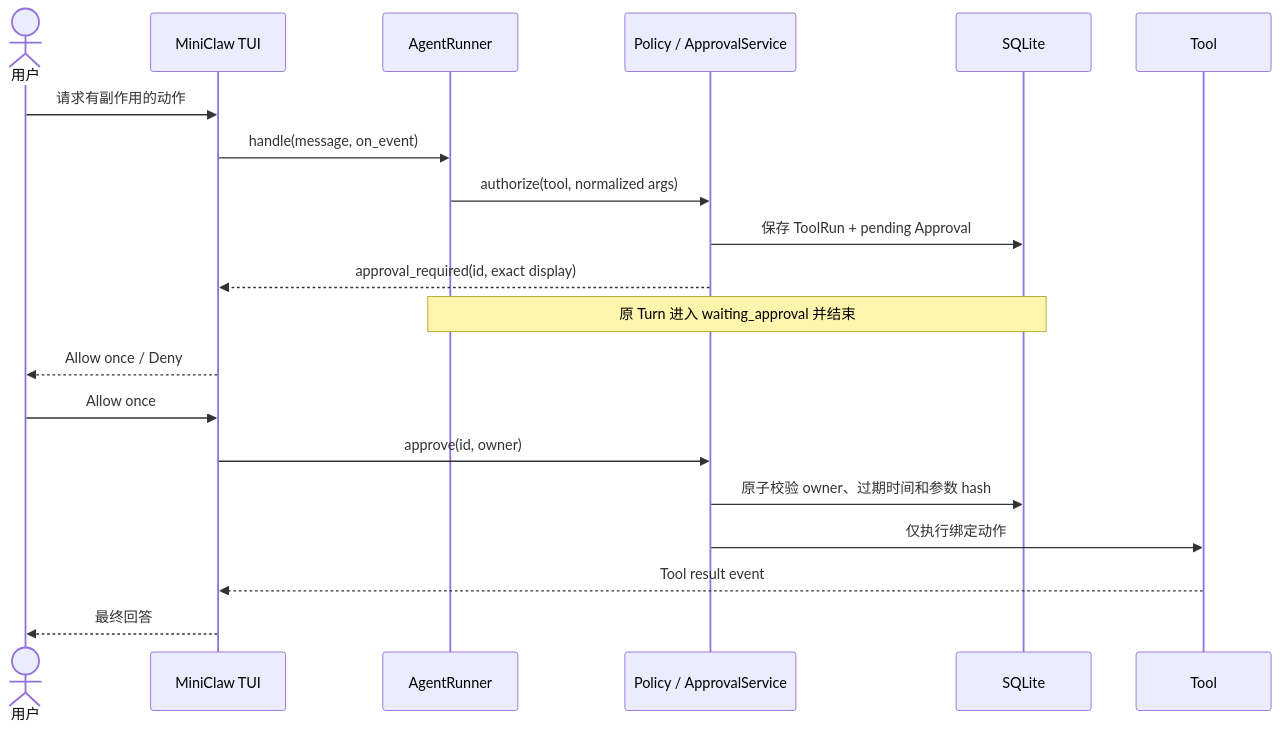
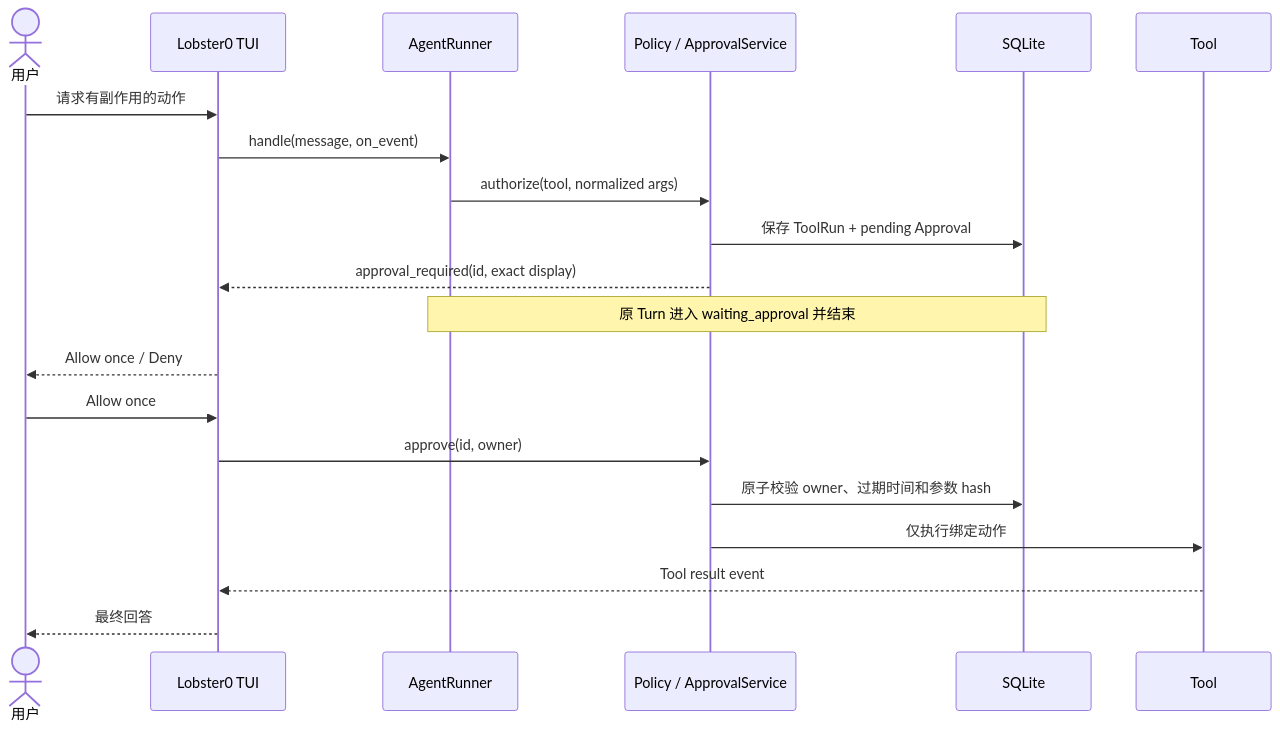
Before and after one commit to NEDONION/lobster0: the second of 3 diagrams in docs/superpowers/specs/2026-08-08-gemini-style-tui-and-lark-cli-design.md, drawn with Mermaid. The commit also changed other lines of this file and 221 other files, not shown here.

First line of the commit message:
docs(rename): 文档、官网内容与桌面/TUI/Browser-Worker 品牌文案改为 Lobster0

````diff
--- a/docs/superpowers/specs/2026-08-08-gemini-style-tui-and-lark-cli-design.md
+++ b/docs/superpowers/specs/2026-08-08-gemini-style-tui-and-lark-cli-design.md
@@ -404,23 +404,23 @@
 ```mermaid
 sequenceDiagram
     actor U as 用户
-    participant TUI as MiniClaw TUI
+    participant TUI as Lobster0 TUI
     participant A as AgentRunner
     participant P as Policy / ApprovalService
     participant DB as SQLite
     participant C as Tool
 
     U->>TUI: 请求有副作用的动作
     TUI->>A: handle(message, on_event)
     A->>P: authorize(tool, normalized args)
     P->>DB: 保存 ToolRun + pending Approval
     P-->>TUI: approval_required(id, exact display)
     Note over A,DB: 原 Turn 进入 waiting_approval 并结束
     TUI-->>U: Allow once / Deny
     U->>TUI: Allow once
     TUI->>P: approve(id, owner)
     P->>DB: 原子校验 owner、过期时间和参数 hash
     P->>C: 仅执行绑定动作
     C-->>TUI: Tool result event
     TUI-->>U: 最终回答
 ```
````
